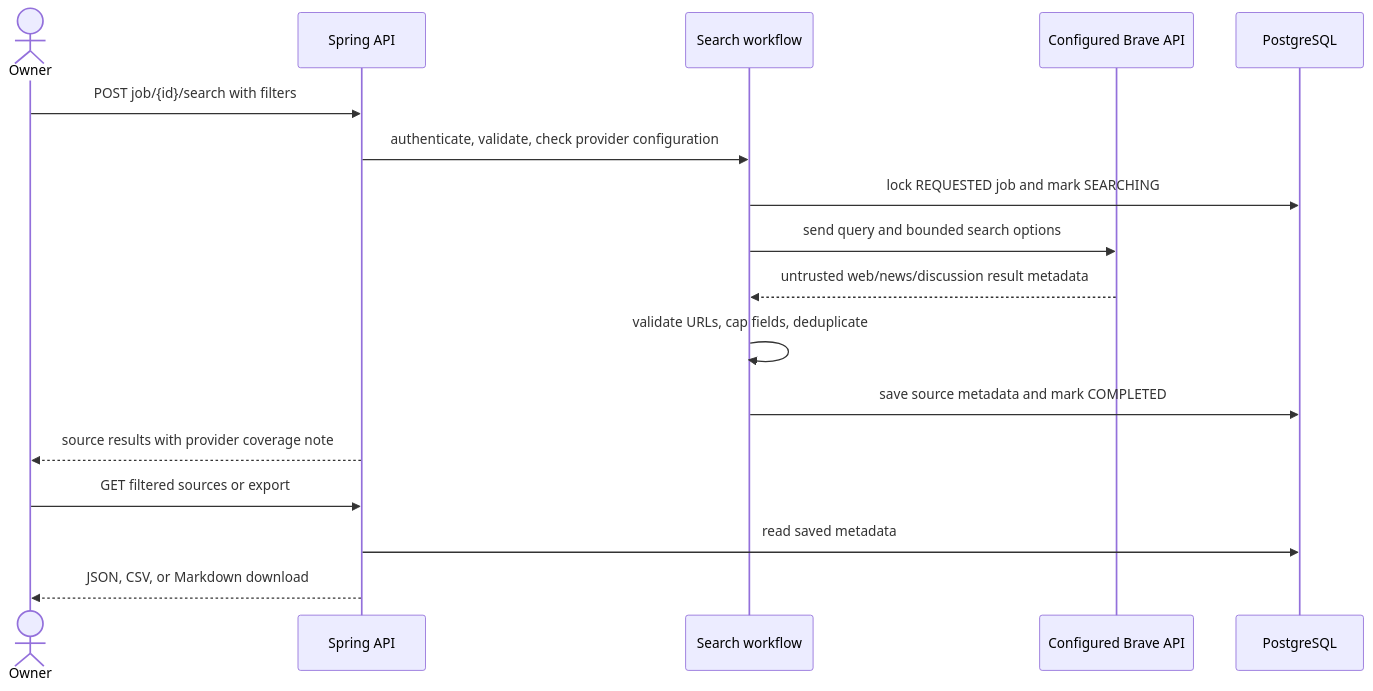
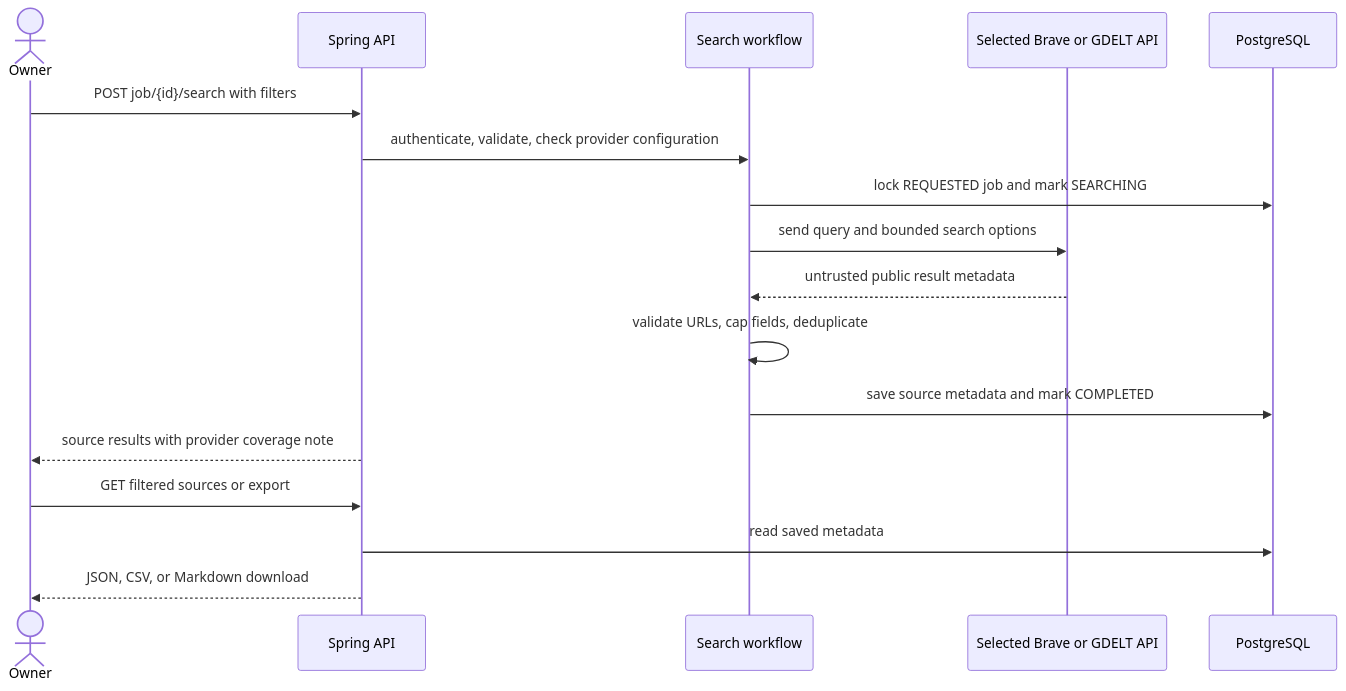
Before and after one commit to kavinash0310/aura-ai: the fourth of 6 diagrams in docs/02-architecture/SYSTEM-ARCHITECTURE.md, drawn with Mermaid. The commit also changed other lines of this file and 27 other files, not shown here.

Commit message:
feat: add GDELT public news search provider

```diff
--- a/docs/02-architecture/SYSTEM-ARCHITECTURE.md
+++ b/docs/02-architecture/SYSTEM-ARCHITECTURE.md
@@ -92,19 +92,19 @@
 ~~~mermaid
 sequenceDiagram
   actor Owner
   participant API as Spring API
   participant Service as Search workflow
-  participant Brave as Configured Brave API
+  participant Provider as Selected Brave or GDELT API
   participant DB as PostgreSQL
   Owner->>API: POST job/{id}/search with filters
   API->>Service: authenticate, validate, check provider configuration
   Service->>DB: lock REQUESTED job and mark SEARCHING
-  Service->>Brave: send query and bounded search options
-  Brave-->>Service: untrusted web/news/discussion result metadata
+  Service->>Provider: send query and bounded search options
+  Provider-->>Service: untrusted public result metadata
   Service->>Service: validate URLs, cap fields, deduplicate
   Service->>DB: save source metadata and mark COMPLETED
   API-->>Owner: source results with provider coverage note
   Owner->>API: GET filtered sources or export
   API->>DB: read saved metadata
   API-->>Owner: JSON, CSV, or Markdown download
 ~~~
```
